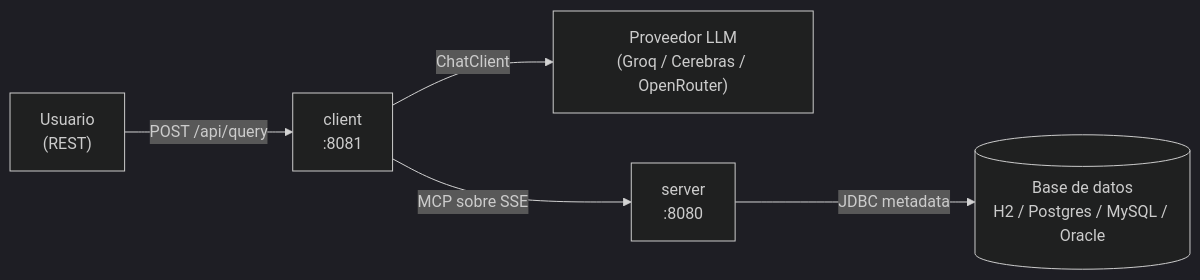
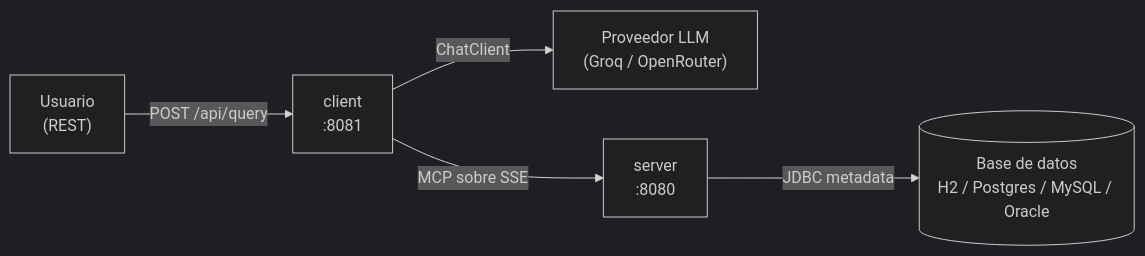
Before and after one commit to Gianni-Nicolas/MCP-capsule: the diagram in README.md, drawn with Mermaid (dark theme). The commit also changed other lines of this file and 1 other file, not shown here.

````diff
--- a/README.md
+++ b/README.md
@@ -15,7 +15,7 @@
 ```mermaid
 flowchart LR
     User["Usuario<br/>(REST)"] -->|POST /api/query| Client["client<br/>:8081"]
-    Client -->|ChatClient| LLM["Proveedor LLM<br/>(Groq / Cerebras / OpenRouter)"]
+    Client -->|ChatClient| LLM["Proveedor LLM<br/>(Groq / OpenRouter)"]
     Client -->|MCP sobre SSE| Server["server<br/>:8080"]
     Server -->|JDBC metadata| DB[("Base de datos<br/>H2 / Postgres / MySQL / Oracle")]
 ```
````
